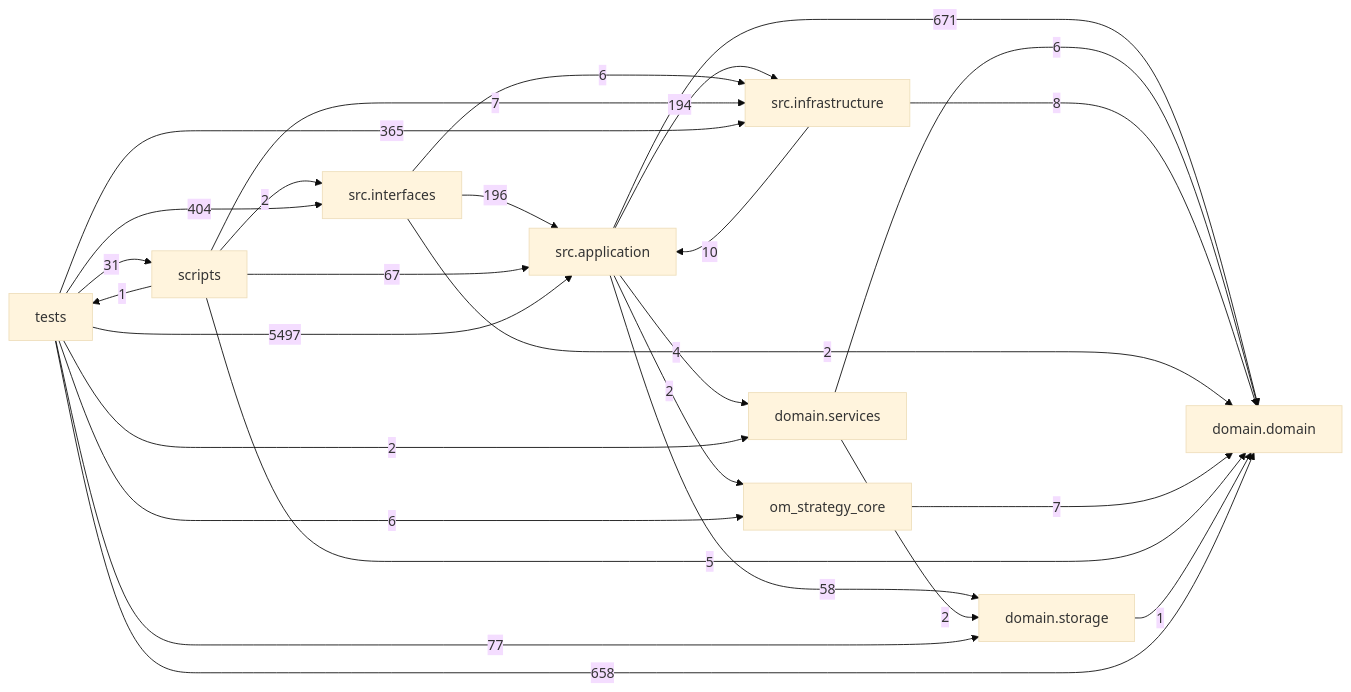
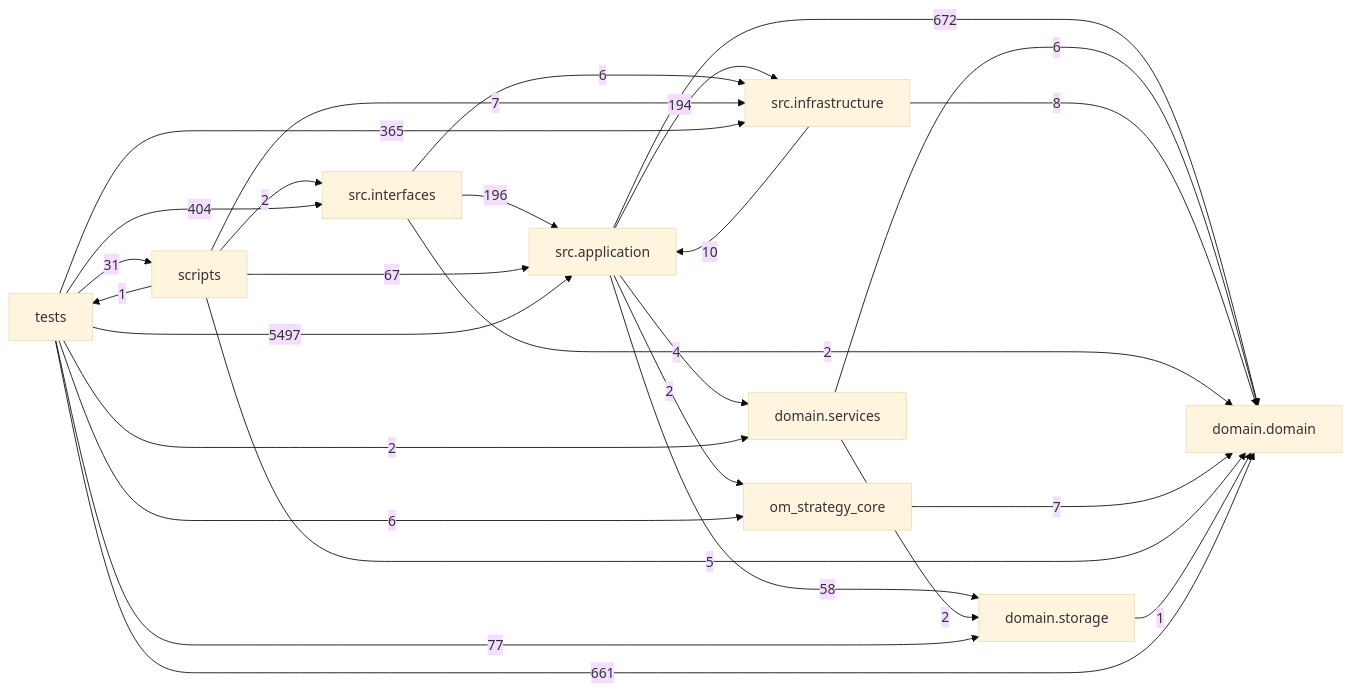
One commit to liuxie066/options-monitor changed the diagram in docs/DEPENDENCY_GRAPH.md. Above: the diagram before and after it, drawn with Mermaid (base theme). The commit also changed other lines of this file and 12 other files, not shown here.

````diff
--- a/docs/DEPENDENCY_GRAPH.md
+++ b/docs/DEPENDENCY_GRAPH.md
@@ -24,38 +24,38 @@
 ```mermaid
 flowchart LR
   tests["tests"]
   scripts["scripts"]
   interfaces["src.interfaces"]
   application["src.application"]
   infrastructure["src.infrastructure"]
   domain_services["domain.services"]
   domain["domain.domain"]
   storage["domain.storage"]
-  application -->|671| domain
+  application -->|672| domain
   application -->|4| domain_services
   application -->|194| infrastructure
   application -->|2| om_strategy_core
   application -->|58| storage
   domain_services -->|6| domain
   domain_services -->|2| storage
   infrastructure -->|10| application
   infrastructure -->|8| domain
   interfaces -->|196| application
   interfaces -->|2| domain
   interfaces -->|6| infrastructure
   om_strategy_core -->|7| domain
   scripts -->|67| application
   scripts -->|5| domain
   scripts -->|7| infrastructure
   scripts -->|2| interfaces
   scripts -->|1| tests
   storage -->|1| domain
   tests -->|5497| application
-  tests -->|658| domain
+  tests -->|661| domain
   tests -->|2| domain_services
   tests -->|365| infrastructure
   tests -->|404| interfaces
   tests -->|6| om_strategy_core
   tests -->|31| scripts
   tests -->|77| storage
 ```
````
